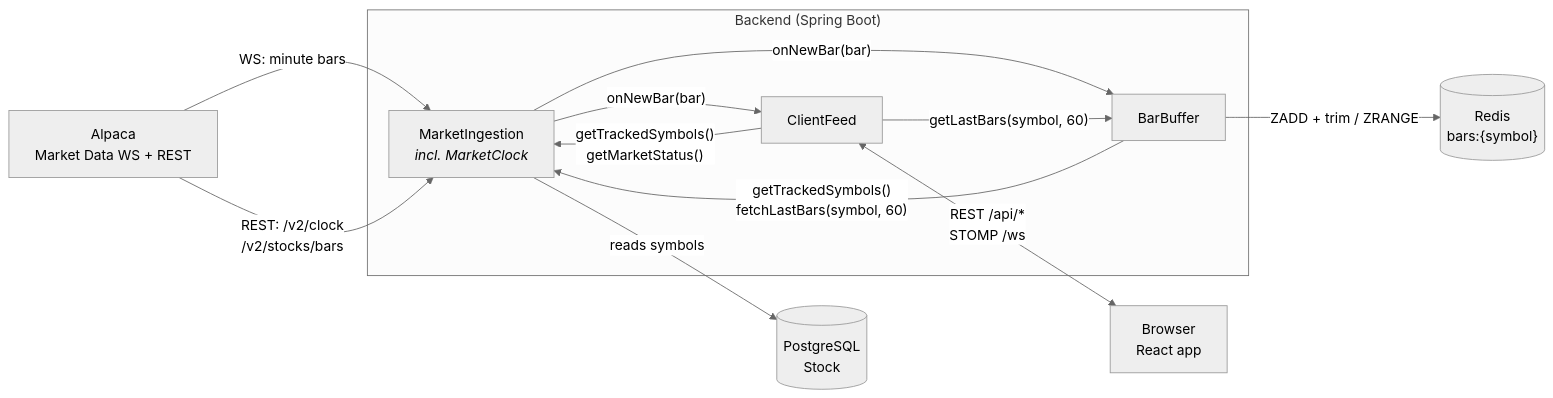
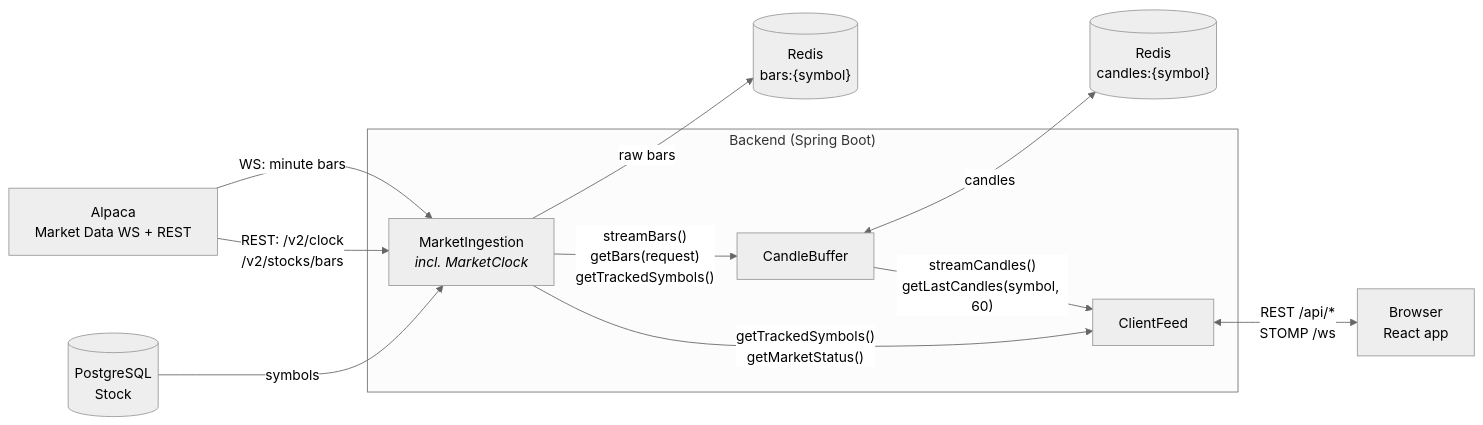
Before and after one commit to Gugau21/OMAN_finance: the first of 2 diagrams in doc/backend-module-diagram.md, drawn with Mermaid (neutral theme). The commit also changed other lines of this file, not shown here.

First line of the commit message:
Rework backend module diagram: candle stream, raw bars and symbol management

````diff
--- a/doc/backend-module-diagram.md
+++ b/doc/backend-module-diagram.md
@@ -5,26 +7,25 @@
 ```mermaid
 flowchart LR
     alpaca["Alpaca<br/>Market Data WS + REST"]
     browser["Browser<br/>React app"]
     pg[("PostgreSQL<br/>Stock")]
-    redis[("Redis<br/>bars:{symbol}")]
+    redisBars[("Redis<br/>bars:{symbol}")]
+    redisCandles[("Redis<br/>candles:{symbol}")]
 
     subgraph backend["Backend (Spring Boot)"]
         ingestion["MarketIngestion<br/><i>incl. MarketClock</i>"]
-        history["BarBuffer"]
-        gateway["ClientFeed"]
+        buffer["CandleBuffer"]
+        feed["ClientFeed"]
     end
 
     alpaca -->|"WS: minute bars"| ingestion
     alpaca -->|"REST: /v2/clock<br/>/v2/stocks/bars"| ingestion
-    ingestion -->|"reads symbols"| pg
+    pg -->|"symbols"| ingestion
+    ingestion -->|"raw bars"| redisBars
 
-    ingestion -->|"onNewBar(bar)"| history
-    ingestion -->|"onNewBar(bar)"| gateway
-    gateway -->|"getLastBars(symbol, 60)"| history
-    history -->|"getTrackedSymbols()<br/>fetchLastBars(symbol, 60)"| ingestion
-    gateway -->|"getTrackedSymbols()<br/>getMarketStatus()"| ingestion
-
-    history -->|"ZADD + trim / ZRANGE"| redis
-    gateway <-->|"REST /api/*<br/>STOMP /ws"| browser
+    ingestion -->|"streamBars()<br/>getBars(request)<br/>getTrackedSymbols()"| buffer
+    buffer <-->|"candles"| redisCandles
+    buffer -->|"streamCandles()<br/>getLastCandles(symbol, 60)"| feed
+    ingestion -->|"getTrackedSymbols()<br/>getMarketStatus()"| feed
+    feed <-->|"REST /api/*<br/>STOMP /ws"| browser
 ```
````
